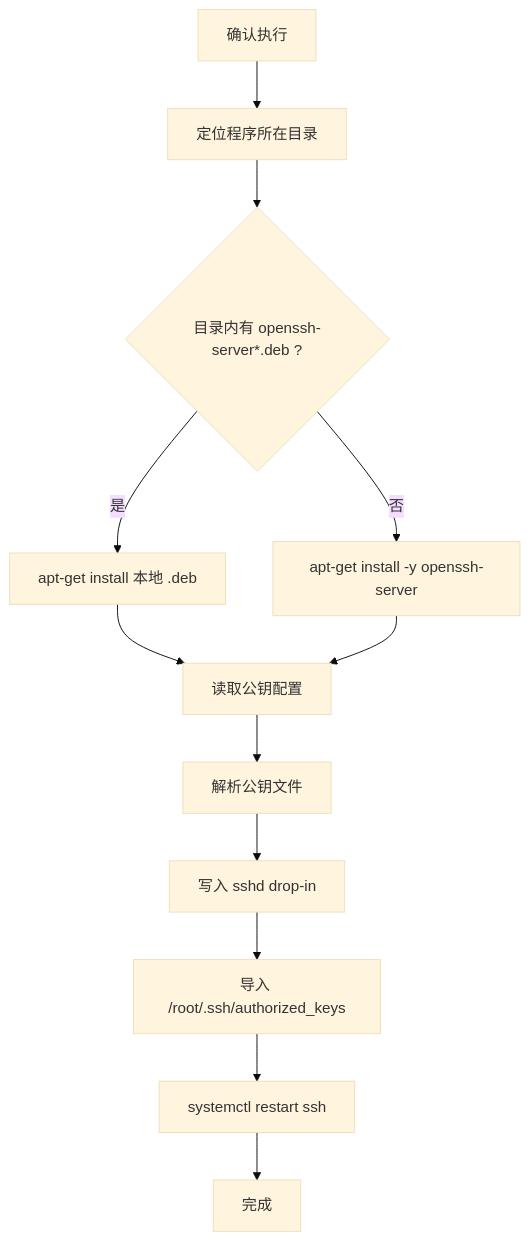
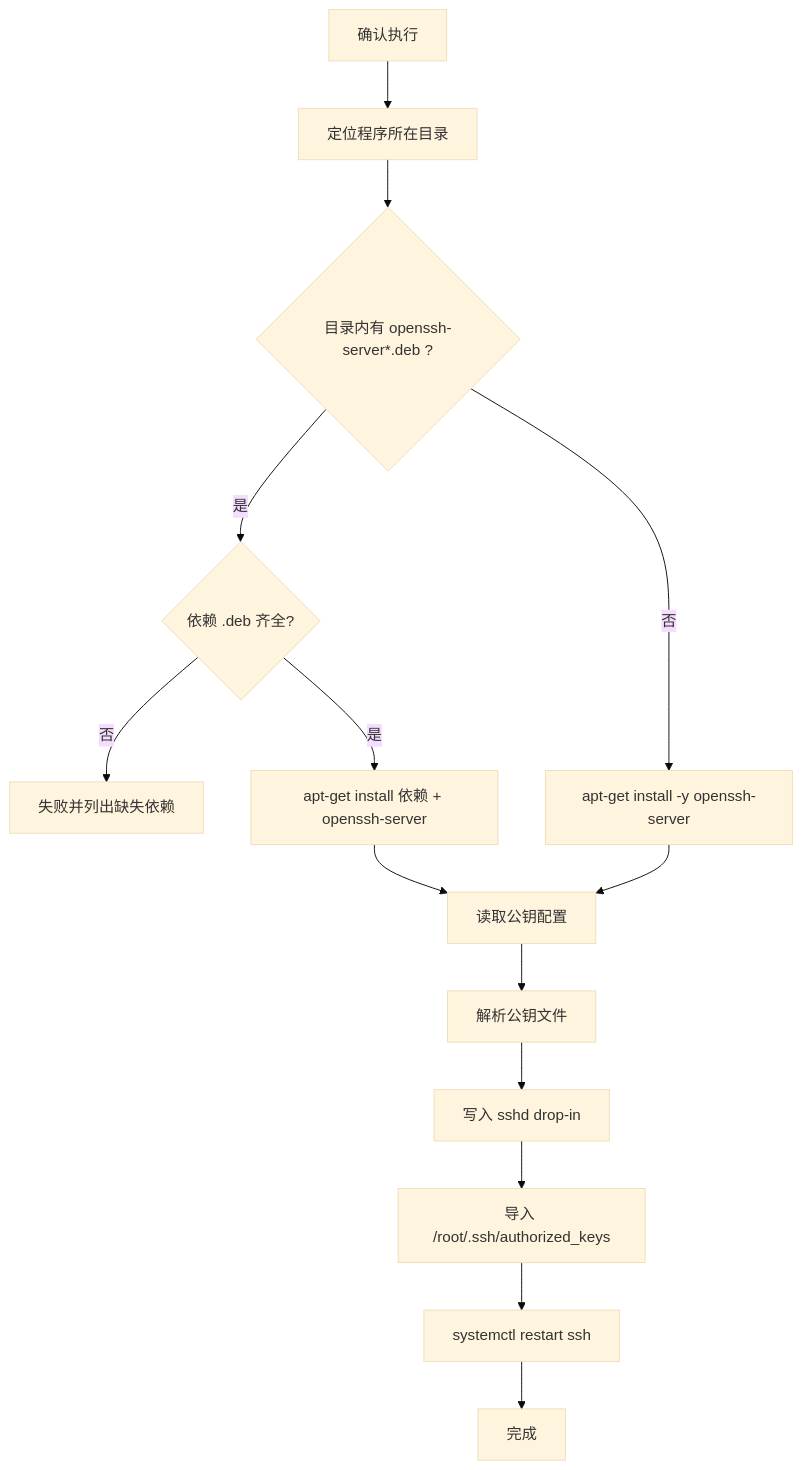
The diagram in README_ZH.md (Songxwn/Debian-network-tui), drawn with Mermaid (base theme) before and after one commit. The commit also changed other lines of this file and 6 other files, not shown here.

Commit message:
Install openssh-server local dependency debs during SSH setup.

````diff
--- a/README_ZH.md
+++ b/README_ZH.md
@@ -175,14 +181,16 @@
 ```mermaid
 flowchart TD
   A[确认执行] --> B[定位程序所在目录]
   B --> C{目录内有 openssh-server*.deb ?}
-  C -->|是| D[apt-get install 本地 .deb]
-  C -->|否| E[apt-get install -y openssh-server]
-  D --> F[读取公钥配置]
-  E --> F
-  F --> G[解析公钥文件]
-  G --> H[写入 sshd drop-in]
-  H --> I[导入 /root/.ssh/authorized_keys]
-  I --> J[systemctl restart ssh]
-  J --> K[完成]
+  C -->|是| D{依赖 .deb 齐全?}
+  D -->|否| X[失败并列出缺失依赖]
+  D -->|是| E[apt-get install 依赖 + openssh-server]
+  C -->|否| F[apt-get install -y openssh-server]
+  E --> G[读取公钥配置]
+  F --> G
+  G --> H[解析公钥文件]
+  H --> I[写入 sshd drop-in]
+  I --> J[导入 /root/.ssh/authorized_keys]
+  J --> K[systemctl restart ssh]
+  K --> L[完成]
 ```
````
